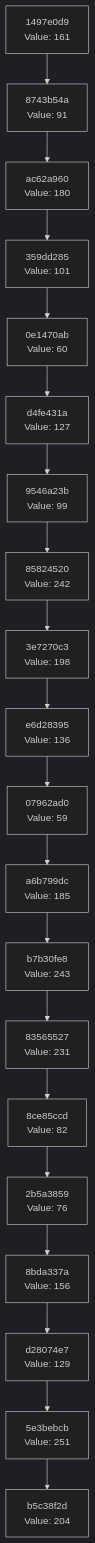
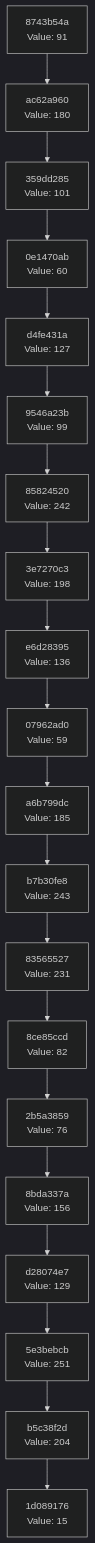
The diagram in docs/CHAIN_VISUALIZATION.md (Abhisheksinha1506/hash-chain-evolver), drawn with Mermaid (dark theme) before and after one commit. The commit also changed 2 other files, not shown here.

Commit message:
Evolution step: hash 0x0F → action executed

````diff
--- a/docs/CHAIN_VISUALIZATION.md
+++ b/docs/CHAIN_VISUALIZATION.md
@@ -3,42 +3,42 @@
 ```mermaid
 graph TD
-    C0["b5c38f2d<br/>Value: 204"]
-    C1["5e3bebcb<br/>Value: 251"]
+    C0["1d089176<br/>Value: 15"]
+    C1["b5c38f2d<br/>Value: 204"]
     C1 --> C0
-    C2["d28074e7<br/>Value: 129"]
+    C2["5e3bebcb<br/>Value: 251"]
     C2 --> C1
-    C3["8bda337a<br/>Value: 156"]
+    C3["d28074e7<br/>Value: 129"]
     C3 --> C2
-    C4["2b5a3859<br/>Value: 76"]
+    C4["8bda337a<br/>Value: 156"]
     C4 --> C3
-    C5["8ce85ccd<br/>Value: 82"]
+    C5["2b5a3859<br/>Value: 76"]
     C5 --> C4
-    C6["83565527<br/>Value: 231"]
+    C6["8ce85ccd<br/>Value: 82"]
     C6 --> C5
-    C7["b7b30fe8<br/>Value: 243"]
+    C7["83565527<br/>Value: 231"]
     C7 --> C6
-    C8["a6b799dc<br/>Value: 185"]
+    C8["b7b30fe8<br/>Value: 243"]
     C8 --> C7
-    C9["07962ad0<br/>Value: 59"]
+    C9["a6b799dc<br/>Value: 185"]
     C9 --> C8
-    C10["e6d28395<br/>Value: 136"]
+    C10["07962ad0<br/>Value: 59"]
     C10 --> C9
-    C11["3e7270c3<br/>Value: 198"]
+    C11["e6d28395<br/>Value: 136"]
     C11 --> C10
-    C12["85824520<br/>Value: 242"]
+    C12["3e7270c3<br/>Value: 198"]
     C12 --> C11
-    C13["9546a23b<br/>Value: 99"]
+    C13["85824520<br/>Value: 242"]
     C13 --> C12
-    C14["d4fe431a<br/>Value: 127"]
+    C14["9546a23b<br/>Value: 99"]
     C14 --> C13
-    C15["0e1470ab<br/>Value: 60"]
+    C15["d4fe431a<br/>Value: 127"]
     C15 --> C14
-    C16["359dd285<br/>Value: 101"]
+    C16["0e1470ab<br/>Value: 60"]
     C16 --> C15
-    C17["ac62a960<br/>Value: 180"]
+    C17["359dd285<br/>Value: 101"]
     C17 --> C16
-    C18["8743b54a<br/>Value: 91"]
+    C18["ac62a960<br/>Value: 180"]
     C18 --> C17
-    C19["1497e0d9<br/>Value: 161"]
+    C19["8743b54a<br/>Value: 91"]
     C19 --> C18
 ```
````
